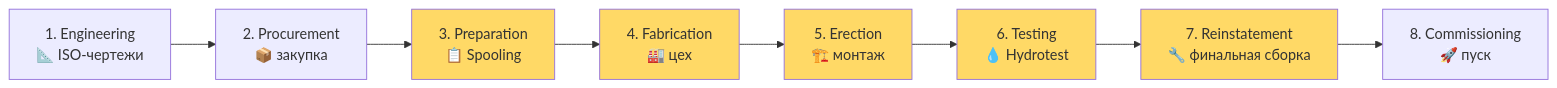
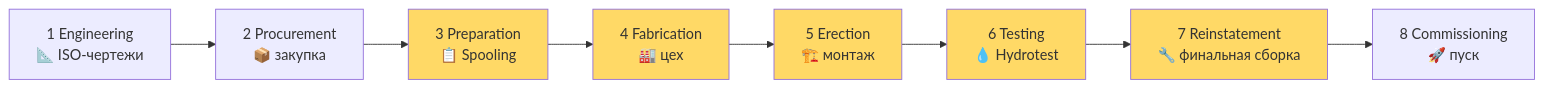
The second of 9 diagrams in docs/presentations/first.md (vvnezapnopwnz1/piping), drawn with Mermaid before and after one commit. The commit also changed other lines of this file and 13 other files, not shown here.

````diff
--- a/docs/presentations/first.md
+++ b/docs/presentations/first.md
@@ -91,19 +91,19 @@
 ```mermaid
 flowchart LR
-    A["1. Engineering<br/>📐 ISO-чертежи"]
-    B["2. Procurement<br/>📦 закупка"]
-    C["3. Preparation<br/>📋 Spooling"]
-    D["4. Fabrication<br/>🏭 цех"]
-    E["5. Erection<br/>🏗️ монтаж"]
-    F["6. Testing<br/>💧 Hydrotest"]
-    G["7. Reinstatement<br/>🔧 финальная сборка"]
-    H["8. Commissioning<br/>🚀 пуск"]
+    A["1  Engineering<br/>📐 ISO-чертежи"]
+    B["2  Procurement<br/>📦 закупка"]
+    C["3  Preparation<br/>📋 Spooling"]
+    D["4  Fabrication<br/>🏭 цех"]
+    E["5  Erection<br/>🏗️ монтаж"]
+    F["6  Testing<br/>💧 Hydrotest"]
+    G["7  Reinstatement<br/>🔧 финальная сборка"]
+    H["8  Commissioning<br/>🚀 пуск"]
 
     A --> B --> C --> D --> E --> F --> G --> H
 
     style C fill:#ffd966
     style D fill:#ffd966
     style E fill:#ffd966
     style F fill:#ffd966
     style G fill:#ffd966
 ```
````
